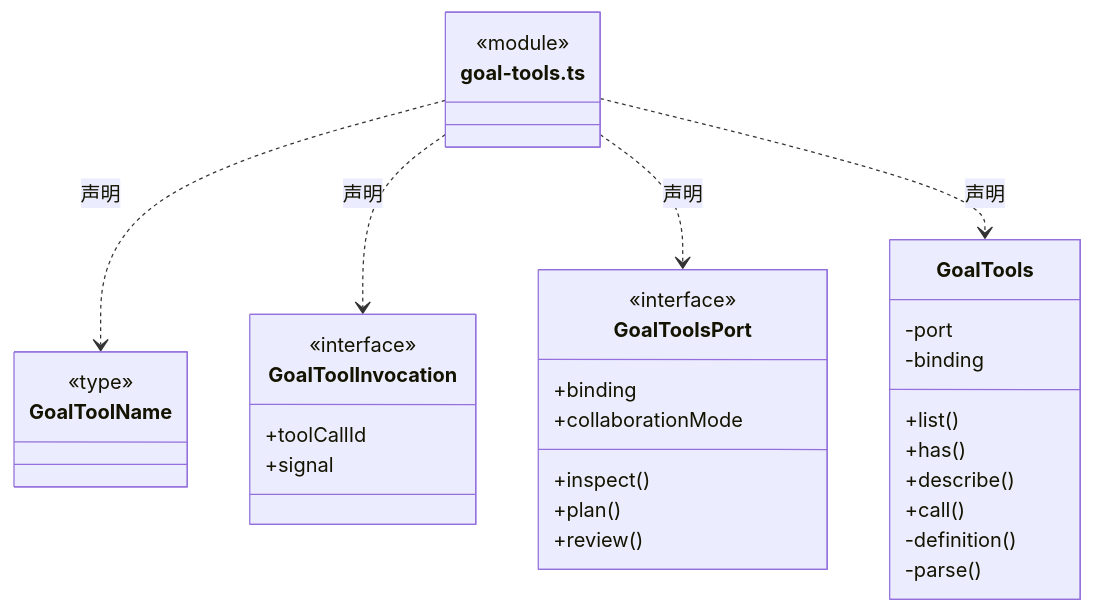
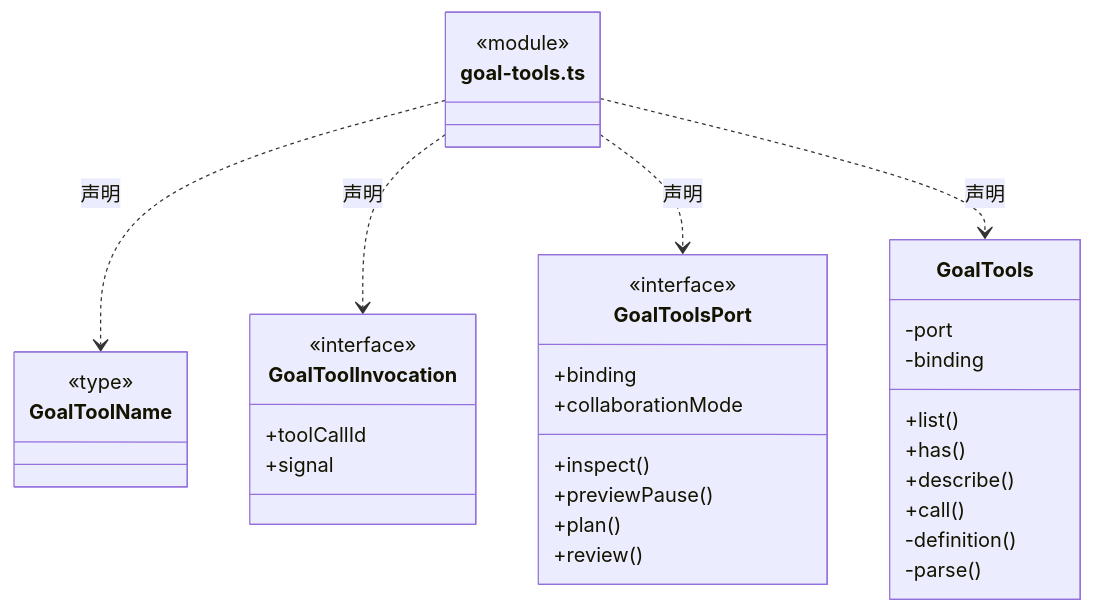
The eighth of 20 diagrams in src/backend/scheduler-engine/tools/ARCHITECTURE.md (nan023062/cbim), drawn with Mermaid before and after one commit. The commit also changed other lines of this file and 44 other files, not shown here.

````diff
--- a/src/backend/scheduler-engine/tools/ARCHITECTURE.md
+++ b/src/backend/scheduler-engine/tools/ARCHITECTURE.md
@@ -139,37 +189,38 @@
 ```mermaid
 classDiagram
 class N_src_backend_scheduler_engine_tools_goal_tools_ts["goal-tools.ts"] {
   <<module>>
 }
 class N_src_backend_scheduler_engine_tools_goal_tools_ts_GoalToolName["GoalToolName"] {
   <<type>>
 
 }
 N_src_backend_scheduler_engine_tools_goal_tools_ts ..> N_src_backend_scheduler_engine_tools_goal_tools_ts_GoalToolName : 声明
 class N_src_backend_scheduler_engine_tools_goal_tools_ts_GoalToolInvocation["GoalToolInvocation"] {
   <<interface>>
   +toolCallId
   +signal
 }
 N_src_backend_scheduler_engine_tools_goal_tools_ts ..> N_src_backend_scheduler_engine_tools_goal_tools_ts_GoalToolInvocation : 声明
 class N_src_backend_scheduler_engine_tools_goal_tools_ts_GoalToolsPort["GoalToolsPort"] {
   <<interface>>
   +binding
   +collaborationMode
   +inspect()
+  +previewPause()
   +plan()
   +review()
 }
 N_src_backend_scheduler_engine_tools_goal_tools_ts ..> N_src_backend_scheduler_engine_tools_goal_tools_ts_GoalToolsPort : 声明
 class N_src_backend_scheduler_engine_tools_goal_tools_ts_GoalTools["GoalTools"] {
   +list()
   +has()
   +describe()
   +call()
   -port
   -binding
   -definition()
   -parse()
 }
 N_src_backend_scheduler_engine_tools_goal_tools_ts ..> N_src_backend_scheduler_engine_tools_goal_tools_ts_GoalTools : 声明
 ```
````
